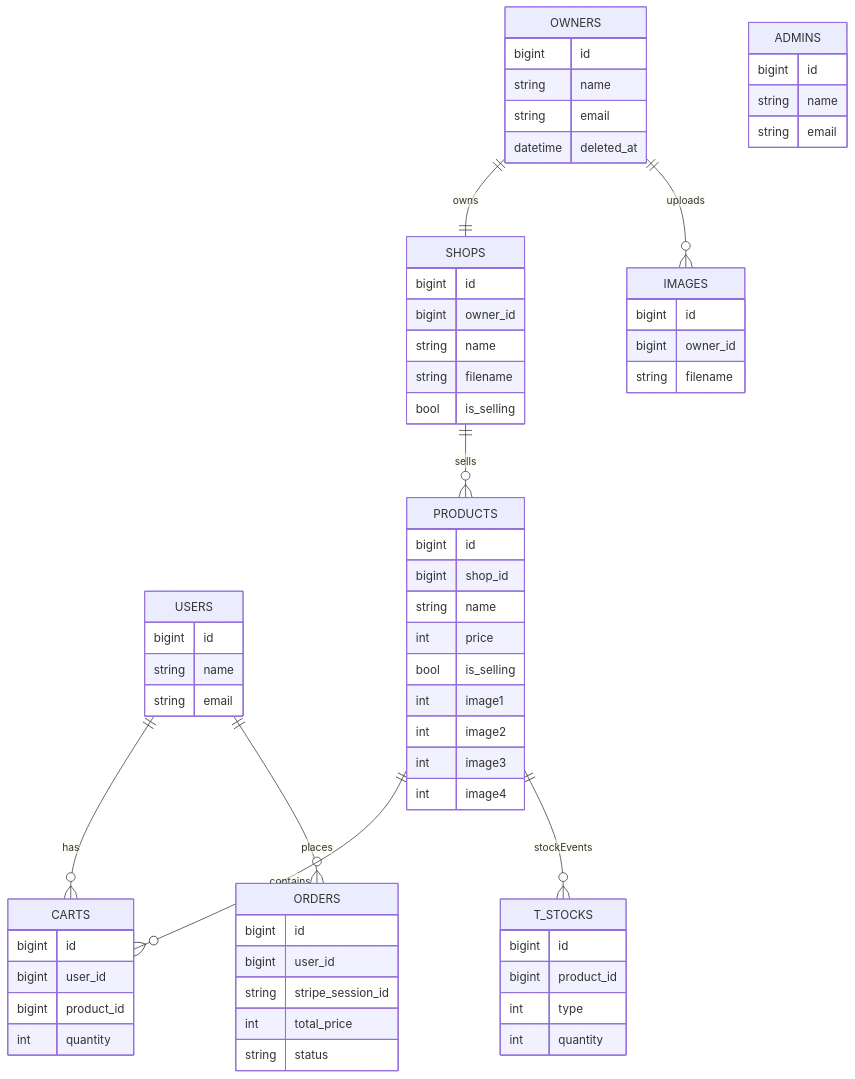
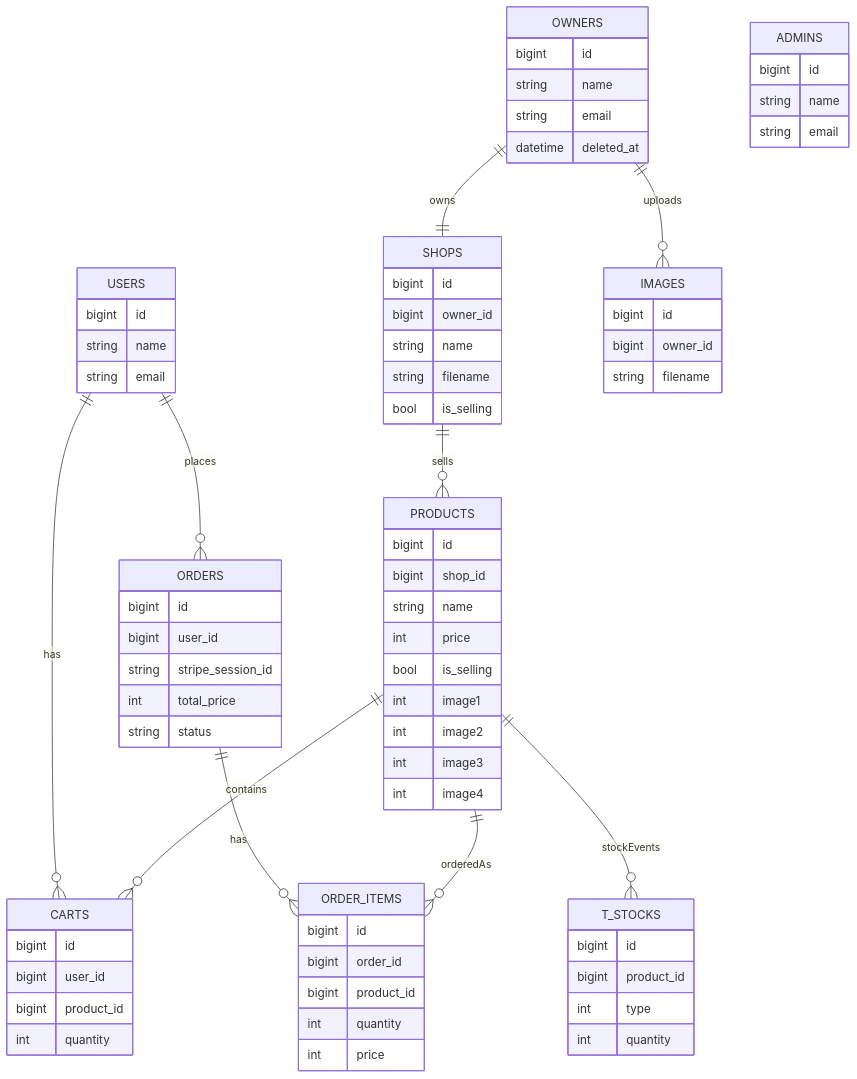
One commit to Hirotake-Shiraishi/laravel_umarche changed the first of 2 diagrams in README.md. Above: the diagram before and after it, drawn with Mermaid. The commit also changed other lines of this file and 1 other file, not shown here.

````diff
--- a/README.md
+++ b/README.md
@@ -115,69 +121,78 @@
 ```mermaid
 erDiagram
   USERS ||--o{ CARTS : has
   USERS ||--o{ ORDERS : places
+  ORDERS ||--o{ ORDER_ITEMS : has
   PRODUCTS ||--o{ CARTS : contains
+  PRODUCTS ||--o{ ORDER_ITEMS : orderedAs
   OWNERS ||--|| SHOPS : owns
   SHOPS ||--o{ PRODUCTS : sells
   OWNERS ||--o{ IMAGES : uploads
   PRODUCTS ||--o{ T_STOCKS : stockEvents
 
   USERS {
     bigint id
     string name
     string email
   }
   OWNERS {
     bigint id
     string name
     string email
     datetime deleted_at
   }
   ADMINS {
     bigint id
     string name
     string email
   }
   SHOPS {
     bigint id
     bigint owner_id
     string name
     string filename
     bool is_selling
   }
   PRODUCTS {
     bigint id
     bigint shop_id
     string name
     int price
     bool is_selling
     int image1
     int image2
     int image3
     int image4
   }
   IMAGES {
     bigint id
     bigint owner_id
     string filename
   }
   CARTS {
     bigint id
     bigint user_id
     bigint product_id
     int quantity
   }
   T_STOCKS {
     bigint id
     bigint product_id
     int type
     int quantity
   }
   ORDERS {
     bigint id
     bigint user_id
     string stripe_session_id
     int total_price
     string status
   }
+  ORDER_ITEMS {
+    bigint id
+    bigint order_id
+    bigint product_id
+    int quantity
+    int price
+  }
 ```
````
